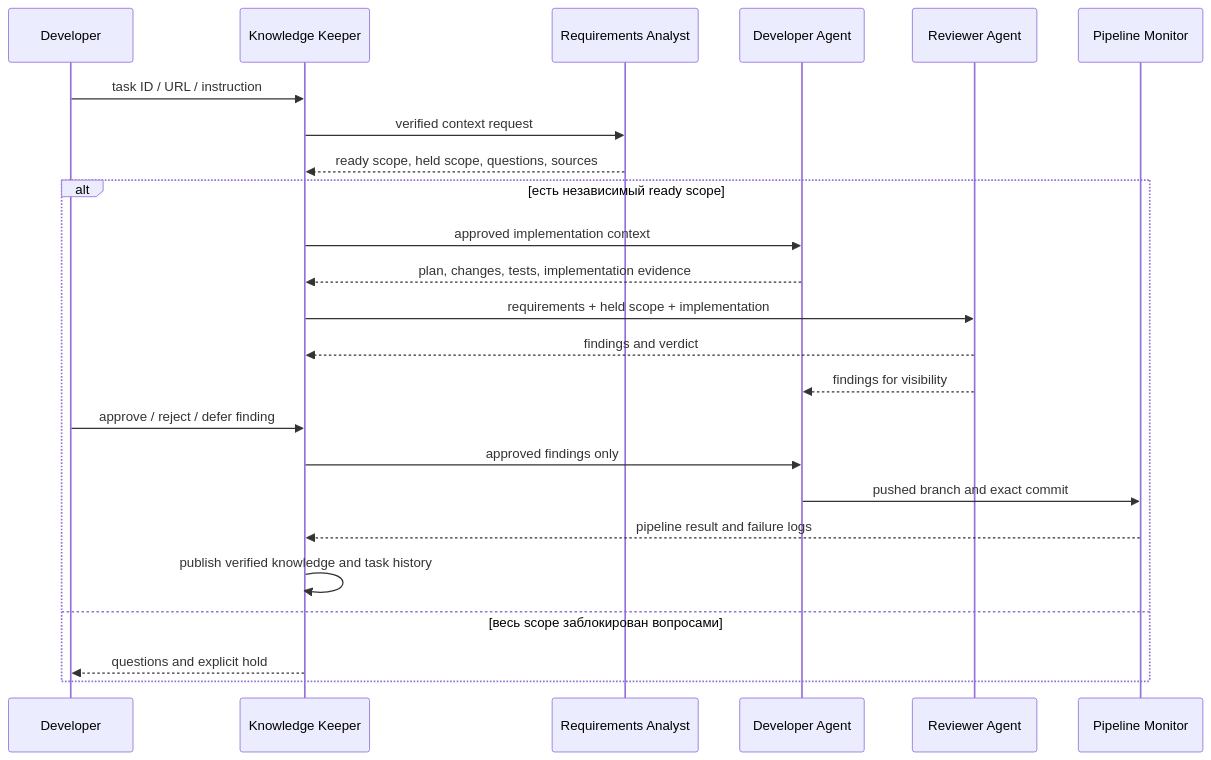
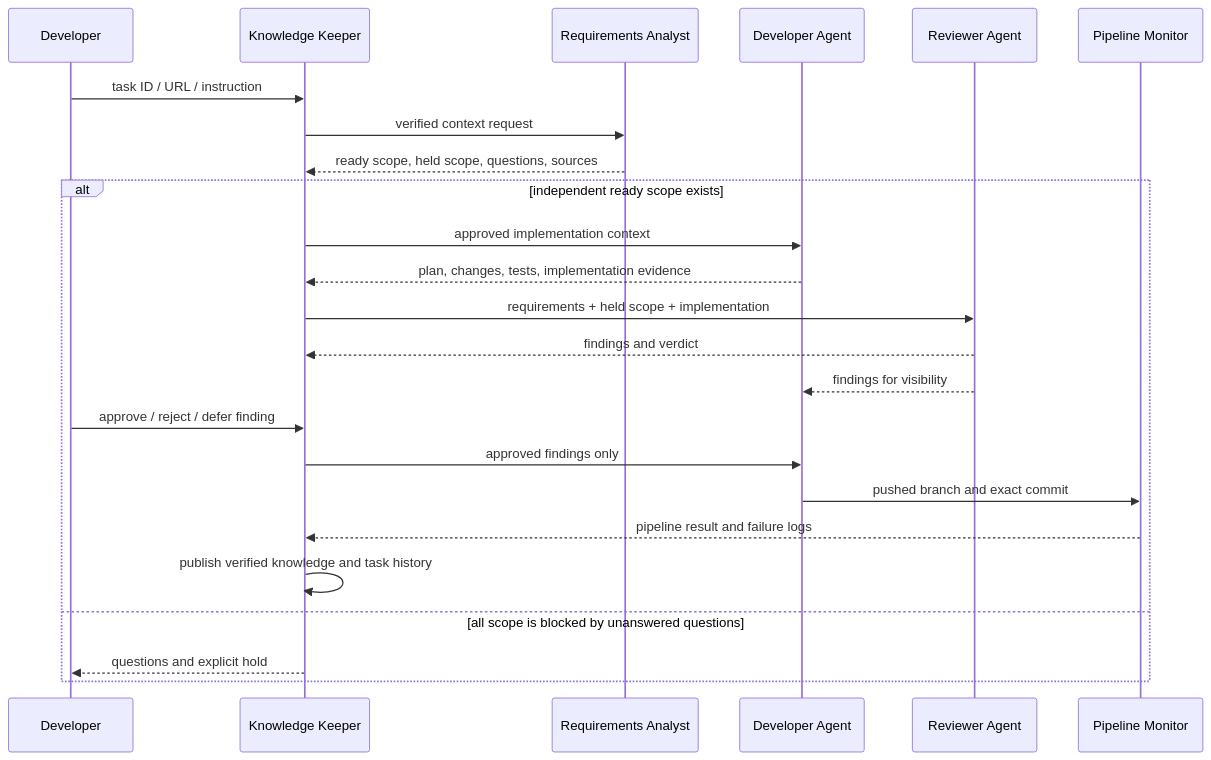
Before and after one commit to GINomad/development-agent-ecosystem: the second of 2 diagrams in docs/architecture.md, drawn with Mermaid. The commit also changed other lines of this file and 7 other files, not shown here.

Commit message:
docs: translate guides and add architecture diagram

````diff
--- a/docs/architecture.md
+++ b/docs/architecture.md
@@ -31,27 +35,27 @@
 ```mermaid
 sequenceDiagram
     participant U as Developer
     participant K as Knowledge Keeper
     participant A as Requirements Analyst
     participant D as Developer Agent
     participant R as Reviewer Agent
     participant P as Pipeline Monitor
 
     U->>K: task ID / URL / instruction
     K->>A: verified context request
     A-->>K: ready scope, held scope, questions, sources
-    alt есть независимый ready scope
+    alt independent ready scope exists
         K->>D: approved implementation context
         D-->>K: plan, changes, tests, implementation evidence
         K->>R: requirements + held scope + implementation
         R-->>K: findings and verdict
         R-->>D: findings for visibility
         U->>K: approve / reject / defer finding
         K->>D: approved findings only
         D->>P: pushed branch and exact commit
         P-->>K: pipeline result and failure logs
         K->>K: publish verified knowledge and task history
-    else весь scope заблокирован вопросами
+    else all scope is blocked by unanswered questions
         K-->>U: questions and explicit hold
     end
 ```
````
